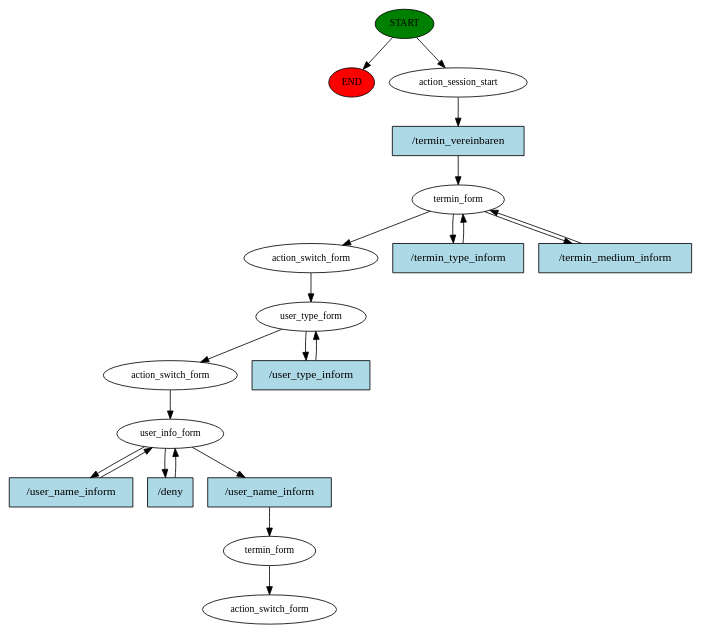
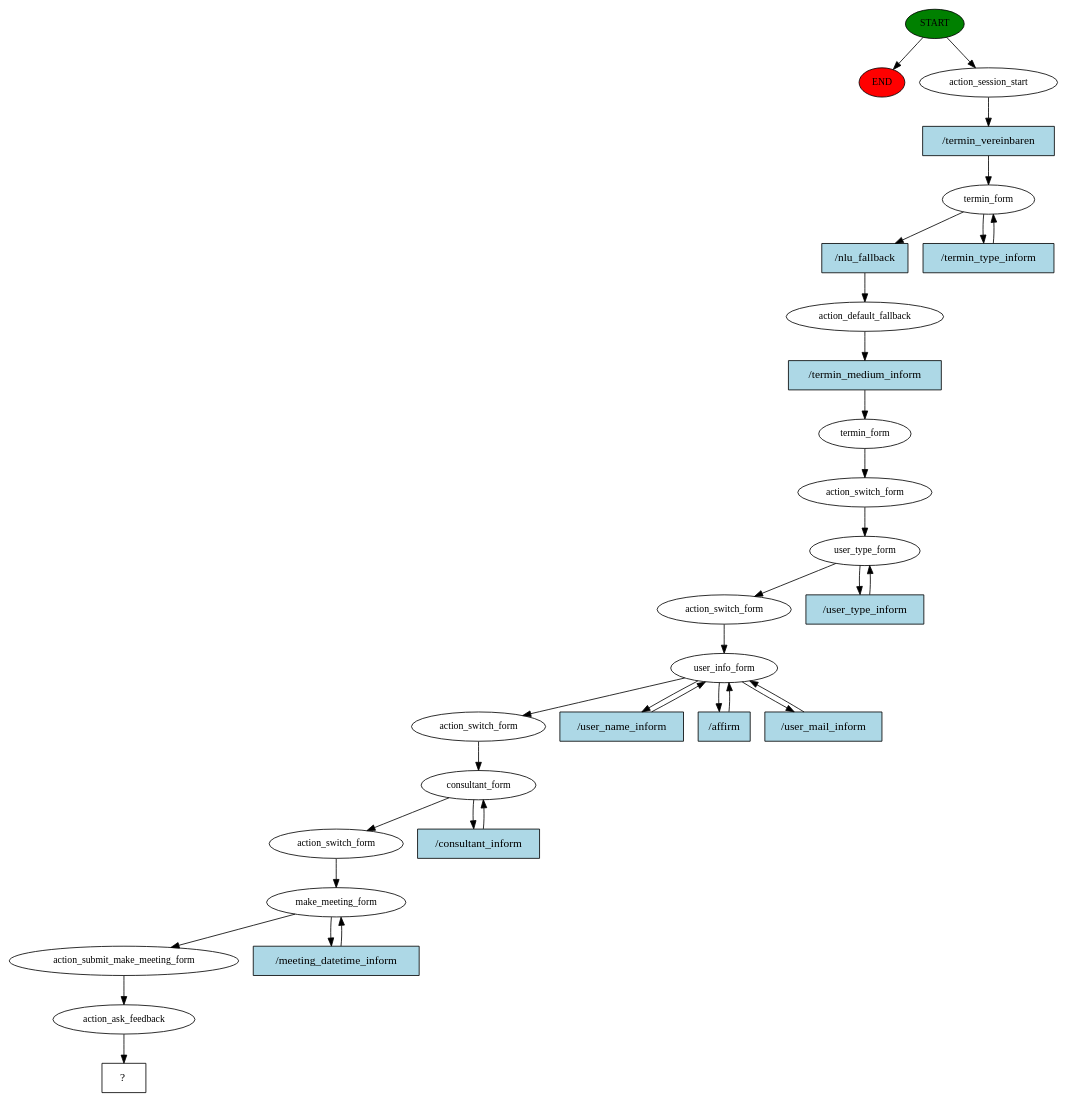
The diagram in bot-pilot-chat/backend/rasa-actions/story_graph.dot (normanboettcher/BotPilot), drawn with Graphviz before and after one commit. The commit also changed 16 other files, not shown here.

Commit message:
Milestone - integrated make_meeting_form into frontend

```diff
--- a/bot-pilot-chat/backend/rasa-actions/story_graph.dot
+++ b/bot-pilot-chat/backend/rasa-actions/story_graph.dot
@@ -1,40 +1,62 @@
 digraph  {
 0 [class="start active", fillcolor=green, fontsize=12, label=START, style=filled];
 "-1" [class=end, fillcolor=red, fontsize=12, label=END, style=filled];
 1 [class=active, fontsize=12, label=action_session_start];
 2 [class=active, fontsize=12, label=termin_form];
-5 [class=active, fontsize=12, label=action_switch_form];
-6 [class=active, fontsize=12, label=user_type_form];
-8 [class=active, fontsize=12, label=action_switch_form];
-9 [class=active, fontsize=12, label=user_info_form];
-12 [class=active, fontsize=12, label=termin_form];
-13 [class="dashed active", fontsize=12, label=action_switch_form];
-14 [class="intent active", fillcolor=lightblue, label="/termin_vereinbaren", shape=rect, style=filled];
-15 [class="intent active", fillcolor=lightblue, label="/termin_type_inform", shape=rect, style=filled];
-16 [class="intent active", fillcolor=lightblue, label="/termin_medium_inform", shape=rect, style=filled];
-17 [class="intent active", fillcolor=lightblue, label="/user_type_inform", shape=rect, style=filled];
-18 [class="intent active", fillcolor=lightblue, label="/user_name_inform", shape=rect, style=filled];
-19 [class="intent active", fillcolor=lightblue, label="/deny", shape=rect, style=filled];
-20 [class="intent active", fillcolor=lightblue, label="/user_name_inform", shape=rect, style=filled];
+4 [class=active, fontsize=12, label=action_default_fallback];
+5 [class=active, fontsize=12, label=termin_form];
+6 [class=active, fontsize=12, label=action_switch_form];
+7 [class=active, fontsize=12, label=user_type_form];
+9 [class=active, fontsize=12, label=action_switch_form];
+10 [class=active, fontsize=12, label=user_info_form];
+14 [class=active, fontsize=12, label=action_switch_form];
+15 [class=active, fontsize=12, label=consultant_form];
+17 [class=active, fontsize=12, label=action_switch_form];
+18 [class=active, fontsize=12, label=make_meeting_form];
+20 [class=active, fontsize=12, label=action_submit_make_meeting_form];
+21 [class=active, fontsize=12, label=action_ask_feedback];
+22 [class="intent dashed active", label="  ?  ", shape=rect];
+23 [class="intent active", fillcolor=lightblue, label="/termin_vereinbaren", shape=rect, style=filled];
+24 [class="intent active", fillcolor=lightblue, label="/nlu_fallback", shape=rect, style=filled];
+25 [class="intent active", fillcolor=lightblue, label="/termin_type_inform", shape=rect, style=filled];
+26 [class="intent active", fillcolor=lightblue, label="/termin_medium_inform", shape=rect, style=filled];
+27 [class="intent active", fillcolor=lightblue, label="/user_type_inform", shape=rect, style=filled];
+28 [class="intent active", fillcolor=lightblue, label="/user_name_inform", shape=rect, style=filled];
+29 [class="intent active", fillcolor=lightblue, label="/affirm", shape=rect, style=filled];
+30 [class="intent active", fillcolor=lightblue, label="/user_mail_inform", shape=rect, style=filled];
+31 [class="intent active", fillcolor=lightblue, label="/consultant_inform", shape=rect, style=filled];
+32 [class="intent active", fillcolor=lightblue, label="/meeting_datetime_inform", shape=rect, style=filled];
 0 -> "-1"  [class="", key=NONE, label=""];
 0 -> 1  [class=active, key=NONE, label=""];
-1 -> 14  [class=active, key=0];
-2 -> 5  [class=active, key=NONE, label=""];
-2 -> 15  [class=active, key=0];
-2 -> 16  [class=active, key=0];
+1 -> 23  [class=active, key=0];
+2 -> 24  [class=active, key=0];
+2 -> 25  [class=active, key=0];
+4 -> 26  [class=active, key=0];
 5 -> 6  [class=active, key=NONE, label=""];
-6 -> 8  [class=active, key=NONE, label=""];
-6 -> 17  [class=active, key=0];
-8 -> 9  [class=active, key=NONE, label=""];
-9 -> 18  [class=active, key=0];
-9 -> 19  [class=active, key=0];
-9 -> 20  [class=active, key=0];
-12 -> 13  [class=active, key=NONE, label=""];
-14 -> 2  [class=active, key=0];
-15 -> 2  [class=active, key=0];
-16 -> 2  [class=active, key=0];
-17 -> 6  [class=active, key=0];
-18 -> 9  [class=active, key=0];
-19 -> 9  [class=active, key=0];
-20 -> 12  [class=active, key=0];
+6 -> 7  [class=active, key=NONE, label=""];
+7 -> 9  [class=active, key=NONE, label=""];
+7 -> 27  [class=active, key=0];
+9 -> 10  [class=active, key=NONE, label=""];
+10 -> 14  [class=active, key=NONE, label=""];
+10 -> 28  [class=active, key=0];
+10 -> 29  [class=active, key=0];
+10 -> 30  [class=active, key=0];
+14 -> 15  [class=active, key=NONE, label=""];
+15 -> 17  [class=active, key=NONE, label=""];
+15 -> 31  [class=active, key=0];
+17 -> 18  [class=active, key=NONE, label=""];
+18 -> 20  [class=active, key=NONE, label=""];
+18 -> 32  [class=active, key=0];
+20 -> 21  [class=active, key=NONE, label=""];
+21 -> 22  [class=active, key=NONE, label=""];
+23 -> 2  [class=active, key=0];
+24 -> 4  [class=active, key=0];
+25 -> 2  [class=active, key=0];
+26 -> 5  [class=active, key=0];
+27 -> 7  [class=active, key=0];
+28 -> 10  [class=active, key=0];
+29 -> 10  [class=active, key=0];
+30 -> 10  [class=active, key=0];
+31 -> 15  [class=active, key=0];
+32 -> 18  [class=active, key=0];
 }
```
